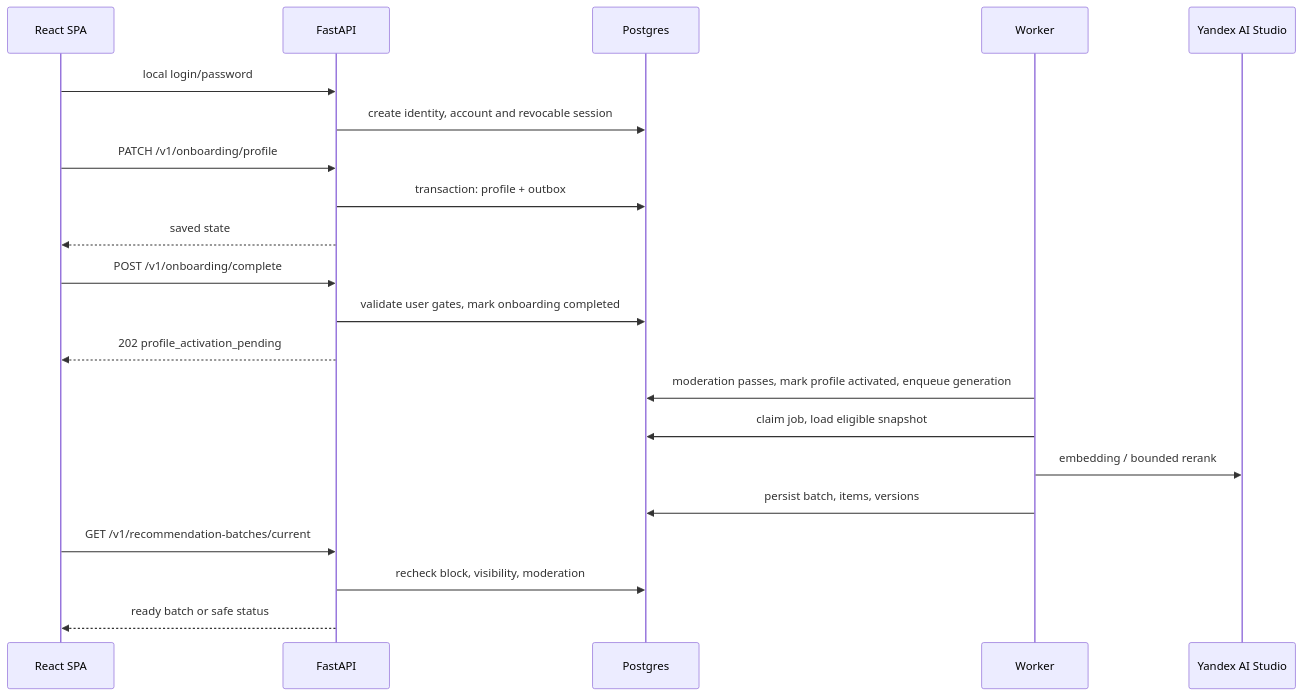
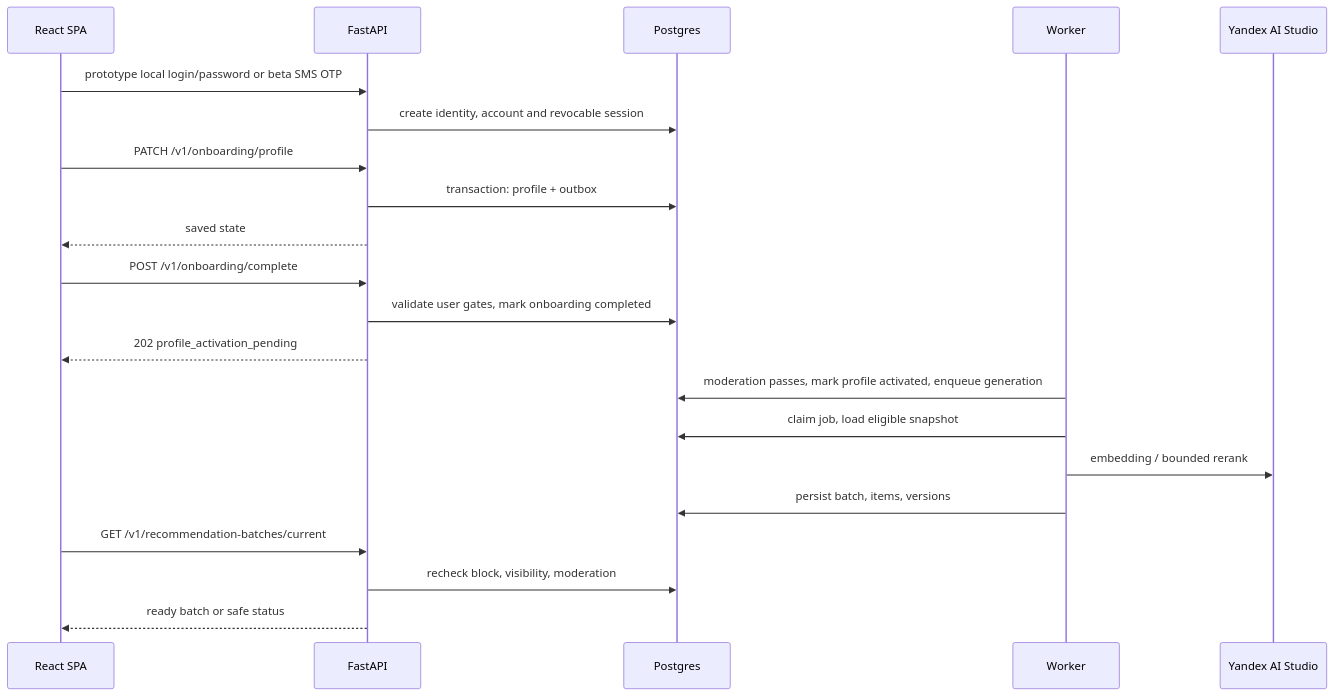
One commit to ek2kk/ai-matchmaker changed the second of 2 diagrams in docs/architecture/overview.md. Above: the diagram before and after it, drawn with Mermaid. The commit also changed other lines of this file and 17 other files, not shown here.

````diff
--- a/docs/architecture/overview.md
+++ b/docs/architecture/overview.md
@@ -67,24 +67,24 @@
 ```mermaid
 sequenceDiagram
     participant C as React SPA
     participant A as FastAPI
     participant D as Postgres
     participant W as Worker
     participant M as Yandex AI Studio
 
-    C->>A: local login/password
+    C->>A: prototype local login/password or beta SMS OTP
     A->>D: create identity, account and revocable session
     C->>A: PATCH /v1/onboarding/profile
     A->>D: transaction: profile + outbox
     A-->>C: saved state
     C->>A: POST /v1/onboarding/complete
     A->>D: validate user gates, mark onboarding completed
     A-->>C: 202 profile_activation_pending
     W->>D: moderation passes, mark profile activated, enqueue generation
     W->>D: claim job, load eligible snapshot
     W->>M: embedding / bounded rerank
     W->>D: persist batch, items, versions
     C->>A: GET /v1/recommendation-batches/current
     A->>D: recheck block, visibility, moderation
     A-->>C: ready batch or safe status
 ```
````
